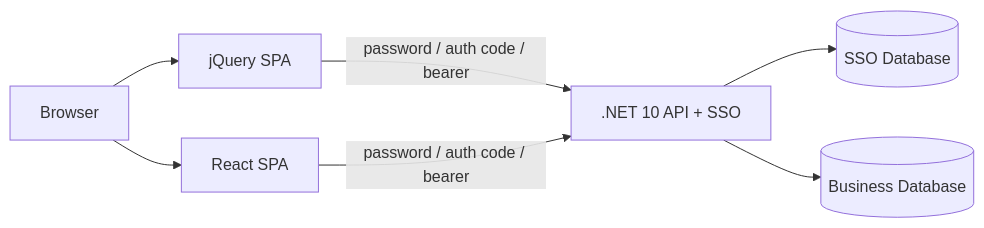
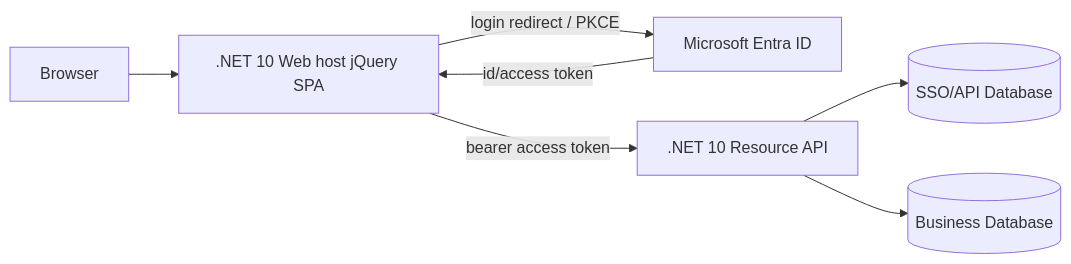
Before and after one commit to cleondev/SSOExample: the first of 5 diagrams in docs/sso-design.md, drawn with Mermaid. The commit also changed other lines of this file and 18 other files, not shown here.

Commit message:
Host jQuery SPA in Web project only

````diff
--- a/docs/sso-design.md
+++ b/docs/sso-design.md
@@ -14,16 +14,16 @@
 ```mermaid
 flowchart LR
     Browser[Browser]
-    JQuery[jQuery SPA]
-    React[React SPA]
-    Api[.NET 10 API + SSO]
-    Db[(SSO Database)]
+    Web[.NET 10 Web host jQuery SPA]
+    Entra[Microsoft Entra ID]
+    Api[.NET 10 Resource API]
+    Db[(SSO/API Database)]
     Biz[(Business Database)]
 
-    Browser --> JQuery
-    Browser --> React
-    JQuery -- password / auth code / bearer --> Api
-    React -- password / auth code / bearer --> Api
+    Browser --> Web
+    Web -- login redirect / PKCE --> Entra
+    Entra -- id/access token --> Web
+    Web -- bearer access token --> Api
     Api --> Db
     Api --> Biz
 ```
````
